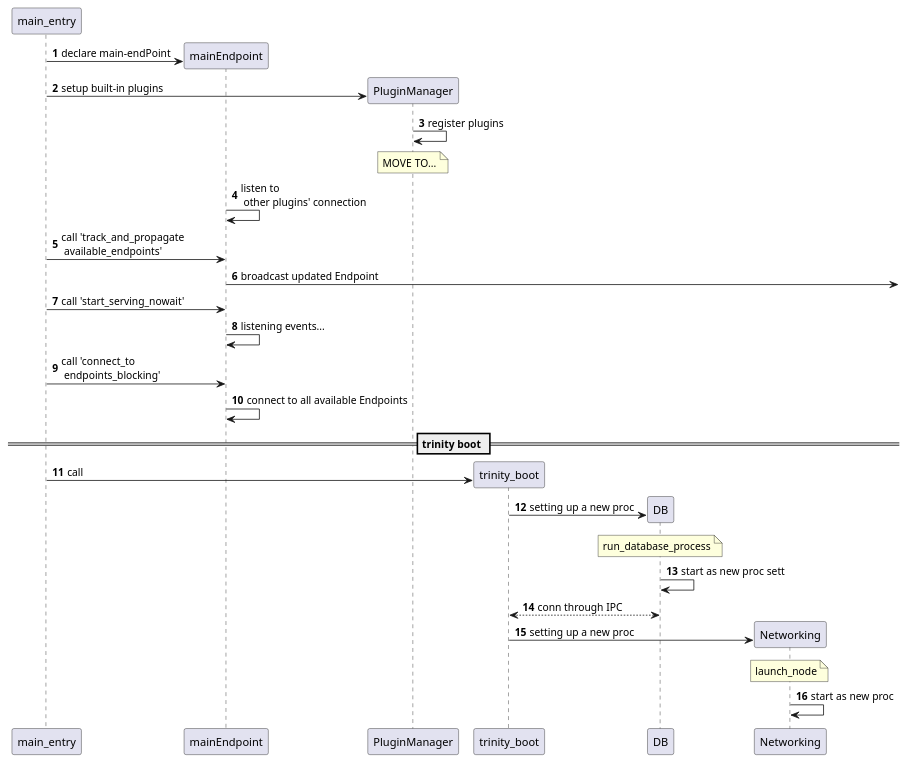
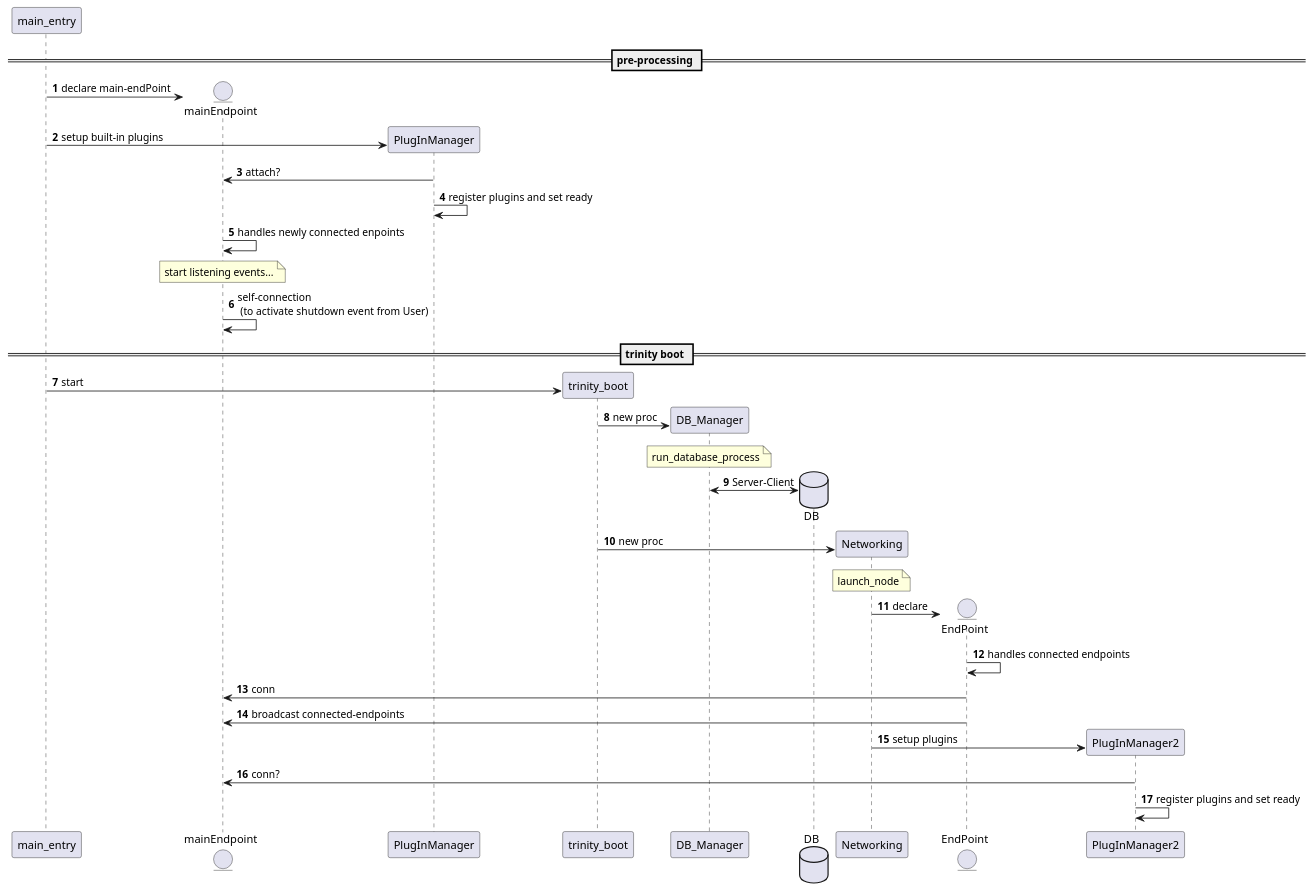
Before and after one commit to metalg0su/studies: the diagram in ethereum/process.puml, drawn with PlantUML. The commit also changed 3 other files, not shown here.

First line of the commit message:
[ethereum] add plugin diagram.

```diff
--- a/ethereum/process.puml
+++ b/ethereum/process.puml
@@ -1,39 +1,45 @@
 @startuml
 autonumber
 
 participant main_entry as main
 
-create mainEndpoint as ep_main
+== pre-processing == 
+create entity mainEndpoint as ep_main
 main -> ep_main: declare main-endPoint
 
-create PluginManager as plugin
-main -> plugin: setup built-in plugins
-plugin -> plugin: register plugins
-note over plugin: MOVE TO...
+create PlugInManager as pg_man
+main -> pg_man: setup built-in plugins
+pg_man -> ep_main: attach?
+pg_man -> pg_man: register plugins and set ready
 
 'main -> main: configure
-ep_main -> ep_main: listen to\n other plugins' connection
-main -> ep_main: call 'track_and_propagate\n available_endpoints'
-ep_main -> : broadcast updated Endpoint
-
-main -> ep_main: call 'start_serving_nowait'
-ep_main -> ep_main: listening events...
-main -> ep_main: call 'connect_to\n endpoints_blocking'
-ep_main -> ep_main: connect to all available Endpoints
+ep_main -> ep_main: handles newly connected enpoints
+note over ep_main: start listening events...
+ep_main -> ep_main: self-connection\n (to activate shutdown event from User)
 
 == trinity boot ==
 create trinity_boot as boot
-main -> boot: call
+main -> boot: start
 
-create DB as db
-boot -> db: setting up a new proc
-note over db: run_database_process
-db -> db: start as new proc sett
+create DB_Manager as db_manager
+boot -> db_manager: new proc
+note over db_manager: run_database_process
+create database DB as db
+db_manager <-> db: Server-Client
 
-db <--> boot: conn through IPC
 create  Networking as network
-boot -> network: setting up a new proc
+boot -> network: new proc
 note over network: launch_node
-network -> network: start as new proc
+
+create entity EndPoint as ep
+network -> ep: declare
+ep -> ep: handles connected endpoints
+ep -> ep_main: conn
+ep -> ep_main:broadcast connected-endpoints
+
+create PlugInManager2 as pg_man2
+network -> pg_man2: setup plugins
+pg_man2 -> ep_main: conn?
+pg_man2 -> pg_man2: register plugins and set ready
 
 @enduml
```
